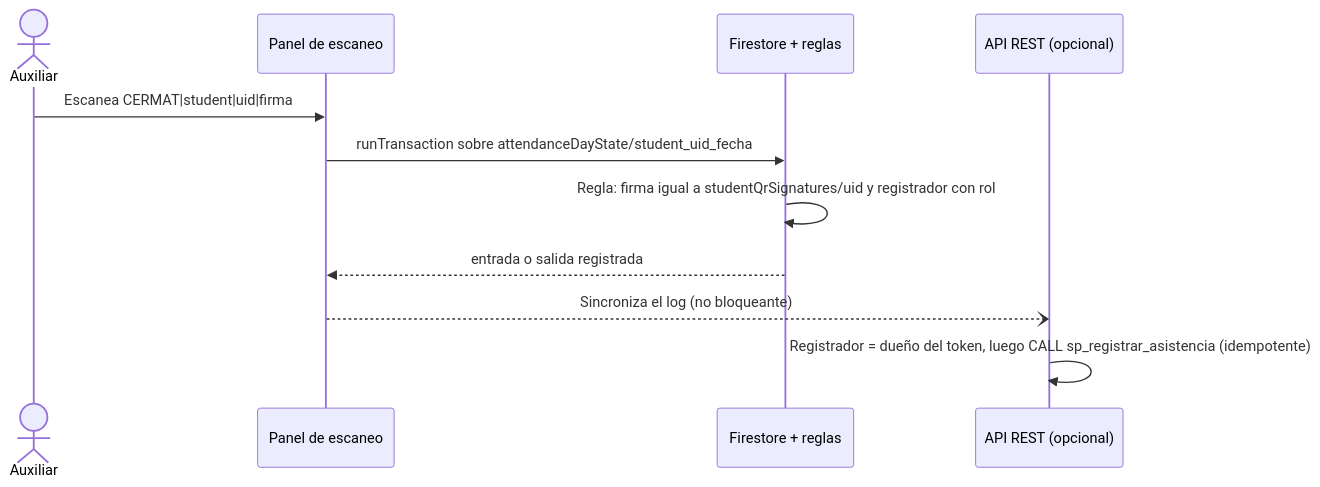
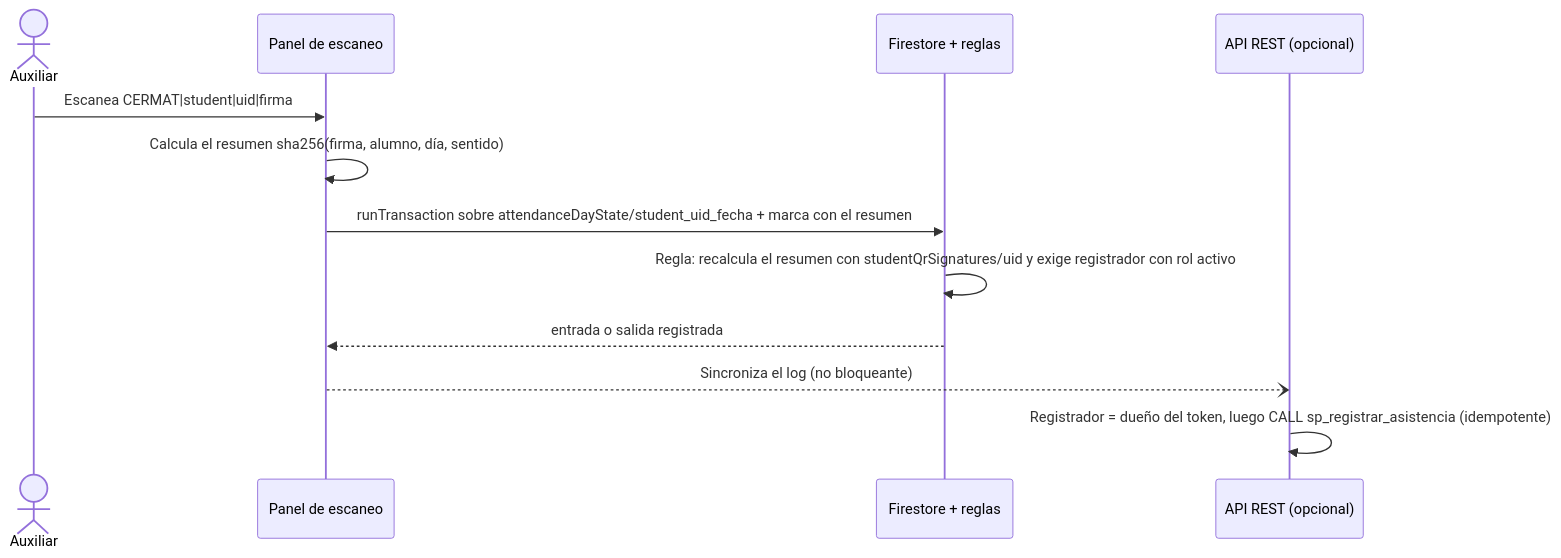
The ninth of 13 diagrams in docs/e1-definicion-sistema-ce021.md (yucradavid/Perfil-de-egreso-Plataforma-Web-Integral-CERMAT), drawn with Mermaid before and after one commit. The commit also changed other lines of this file and 27 other files, not shown here.

````diff
--- a/docs/e1-definicion-sistema-ce021.md
+++ b/docs/e1-definicion-sistema-ce021.md
@@ -379,13 +463,14 @@
 ```mermaid
 sequenceDiagram
   actor X as Auxiliar
   participant UI as Panel de escaneo
   participant FS as Firestore + reglas
   participant API as API REST (opcional)
   X->>UI: Escanea CERMAT|student|uid|firma
-  UI->>FS: runTransaction sobre attendanceDayState/student_uid_fecha
-  FS->>FS: Regla: firma igual a studentQrSignatures/uid y registrador con rol
+  UI->>UI: Calcula el resumen sha256(firma, alumno, día, sentido)
+  UI->>FS: runTransaction sobre attendanceDayState/student_uid_fecha + marca con el resumen
+  FS->>FS: Regla: recalcula el resumen con studentQrSignatures/uid y exige registrador con rol activo
   FS-->>UI: entrada o salida registrada
   UI--)API: Sincroniza el log (no bloqueante)
   API->>API: Registrador = dueño del token, luego CALL sp_registrar_asistencia (idempotente)
 ```
````
